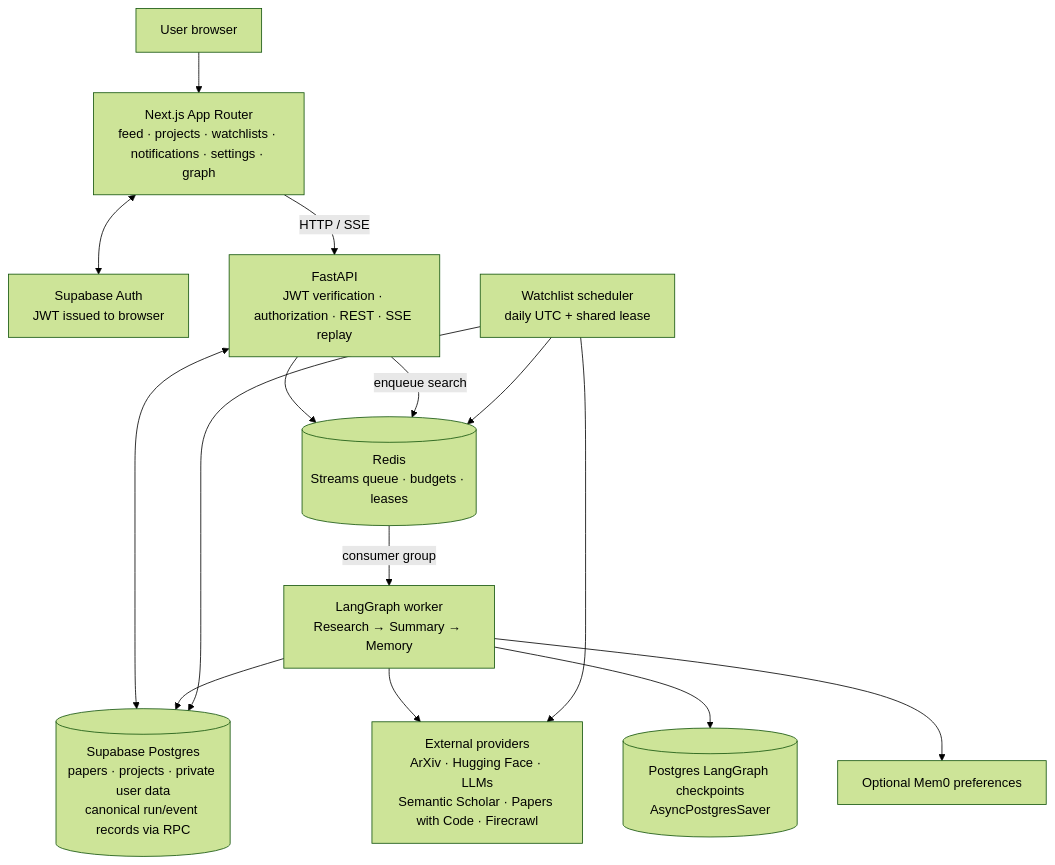
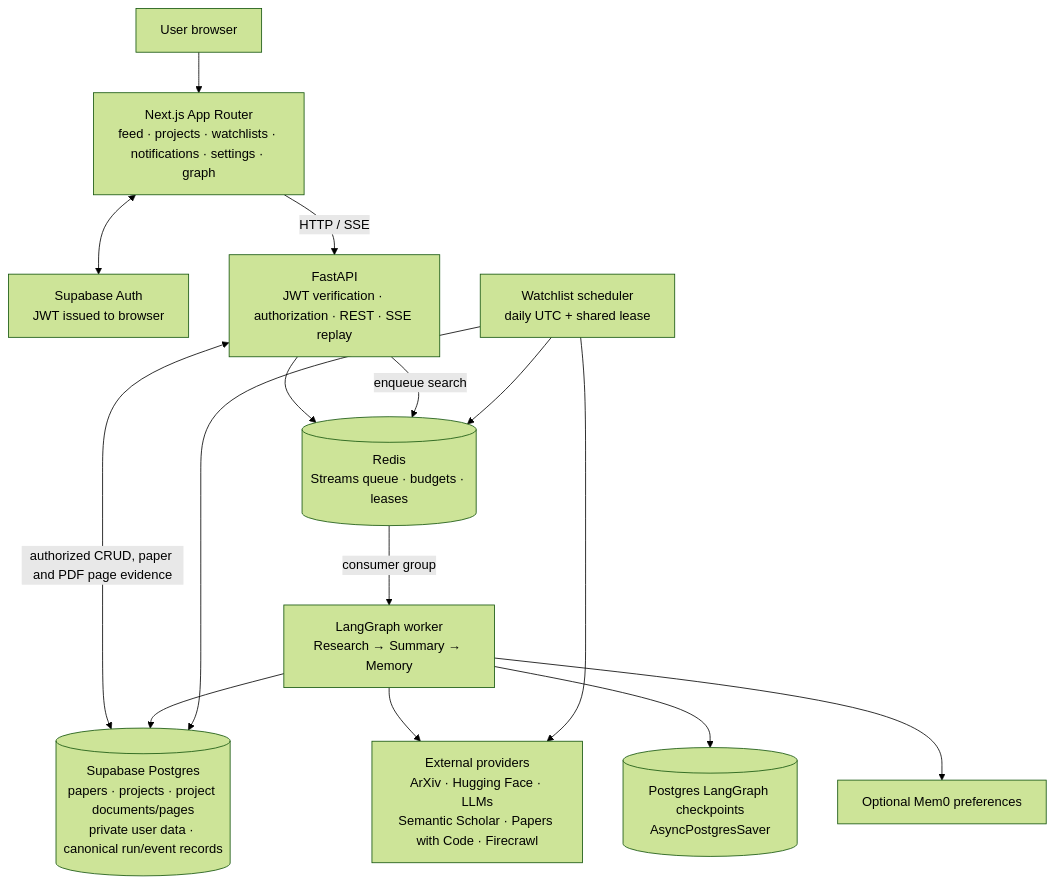
The diagram in ARCHITECTURE.md (mahirmlk/Zenith), drawn with Mermaid (forest theme) before and after one commit. The commit also changed other lines of this file and 10 other files, not shown here.

````diff
--- a/ARCHITECTURE.md
+++ b/ARCHITECTURE.md
@@ -17,29 +17,29 @@
 ```mermaid
 flowchart TB
   Browser[User browser]
   Frontend[Next.js App Router<br/>feed · projects · watchlists · notifications · settings · graph]
   Auth[Supabase Auth<br/>JWT issued to browser]
   API[FastAPI<br/>JWT verification · authorization · REST · SSE replay]
-  DB[(Supabase Postgres<br/>papers · projects · private user data<br/>canonical run/event records via RPC)]
+  DB[(Supabase Postgres<br/>papers · projects · project documents/pages<br/>private user data · canonical run/event records)]
   Redis[(Redis<br/>Streams queue · budgets · leases)]
   Worker[LangGraph worker<br/>Research → Summary → Memory]
   Checkpoints[(Postgres LangGraph checkpoints<br/>AsyncPostgresSaver)]
   Scheduler[Watchlist scheduler<br/>daily UTC + shared lease]
   Providers[External providers<br/>ArXiv · Hugging Face · LLMs<br/>Semantic Scholar · Papers with Code · Firecrawl]
   Memory[Optional Mem0 preferences]
 
   Browser --> Frontend
   Frontend <--> Auth
   Frontend -->|HTTP / SSE| API
-  API <--> DB
+  API <-->|authorized CRUD, paper and PDF page evidence| DB
   API --> Redis
   API -->|enqueue search| Redis
   Redis -->|consumer group| Worker
   Worker --> Providers
   Worker --> DB
   Worker --> Checkpoints
   Worker --> Memory
   Scheduler --> Redis
   Scheduler --> Providers
   Scheduler --> DB
 ```
````
